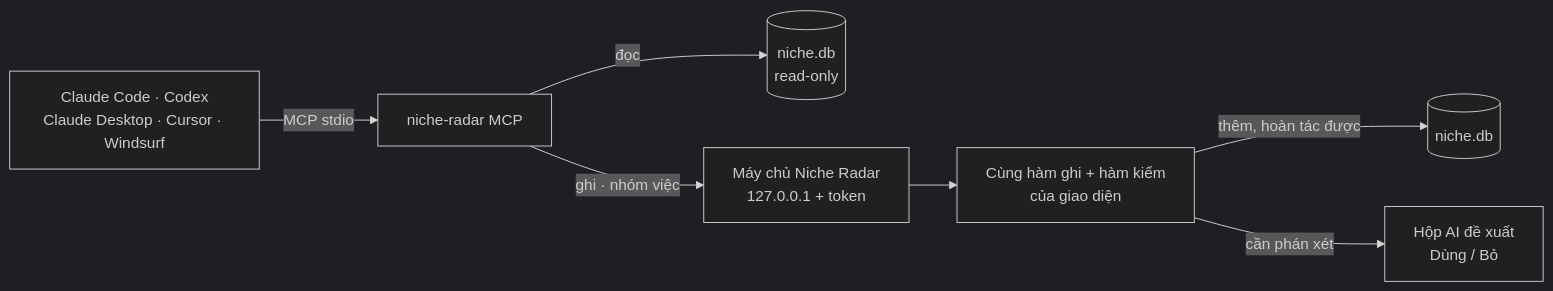
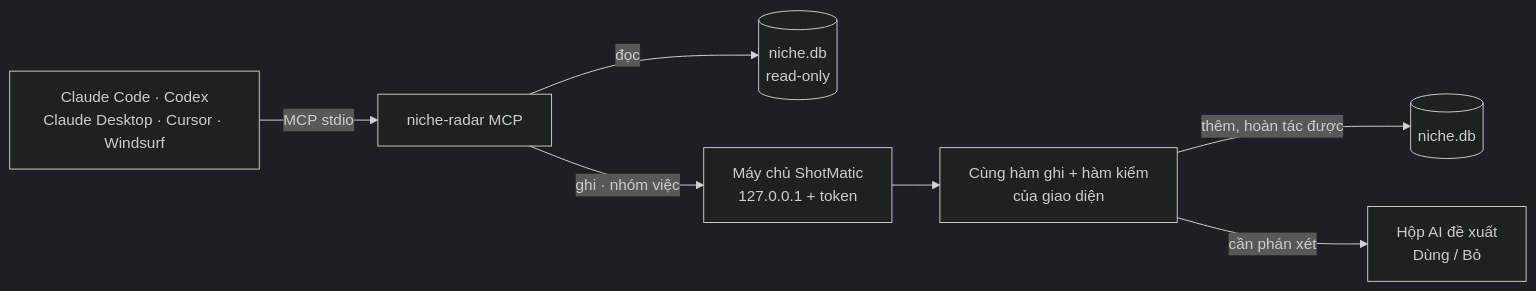
Before and after one commit to nvminhtu/niche-radar-docs: the diagram in docs/web/phase-28-2-mcp-write.md, drawn with Mermaid (dark theme). The commit also changed other lines of this file and 104 other files, not shown here.

````diff
--- a/docs/web/phase-28-2-mcp-write.md
+++ b/docs/web/phase-28-2-mcp-write.md
@@ -23,9 +23,9 @@
 ```mermaid
 flowchart LR
   AI[Claude Code · Codex<br/>Claude Desktop · Cursor · Windsurf] -->|MCP stdio| M[niche-radar MCP]
   M -->|đọc| DB[(niche.db<br/>read-only)]
-  M -->|ghi · nhóm việc| SV[Máy chủ Niche Radar<br/>127.0.0.1 + token]
+  M -->|ghi · nhóm việc| SV[Máy chủ ShotMatic<br/>127.0.0.1 + token]
   SV --> K[Cùng hàm ghi + hàm kiểm<br/>của giao diện]
   K -->|thêm, hoàn tác được| DB2[(niche.db)]
   K -->|cần phán xét| Q[Hộp AI đề xuất<br/>Dùng / Bỏ]
 ```
````
